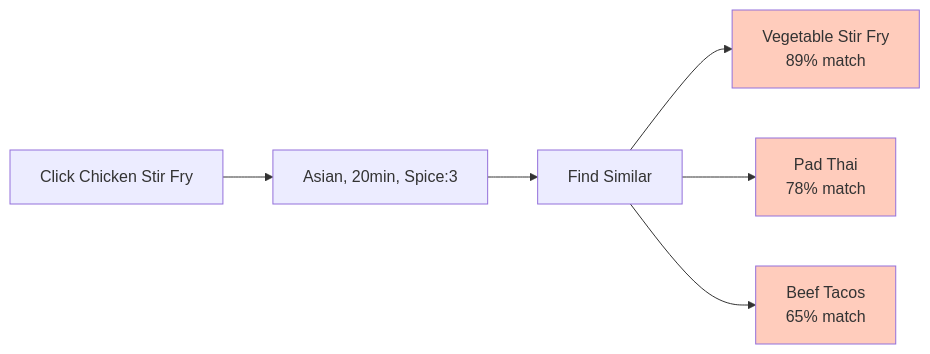
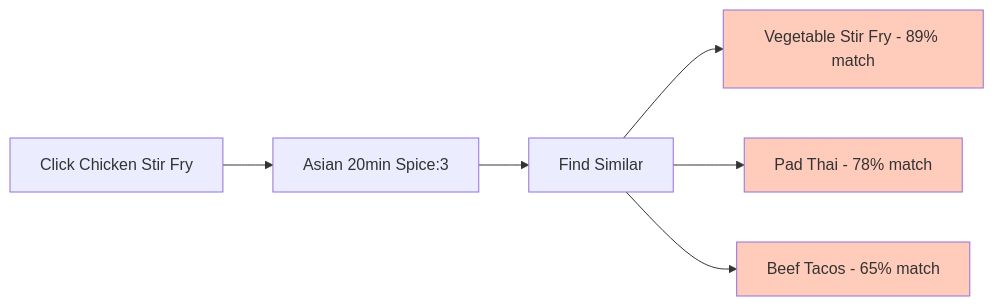
The eighth of 9 diagrams in docs/FEATURE2-VISUAL-FLOW.md (PritDudhia/RecipeRecommender), drawn with Mermaid before and after one commit. The commit also changed other lines of this file, not shown here.

Commit message:
fix: Remove HTML tags from Mermaid diagrams in Feature 2 documentation

````diff
--- a/docs/FEATURE2-VISUAL-FLOW.md
+++ b/docs/FEATURE2-VISUAL-FLOW.md
@@ -207,12 +207,12 @@
 ```mermaid
 graph LR
-    A[Click Chicken Stir Fry] --> B[Asian, 20min, Spice:3]
+    A[Click Chicken Stir Fry] --> B[Asian 20min Spice:3]
     B --> C[Find Similar]
-    C --> D[Vegetable Stir Fry<br/>89% match]
-    C --> E[Pad Thai<br/>78% match]
-    C --> F[Beef Tacos<br/>65% match]
+    C --> D[Vegetable Stir Fry - 89% match]
+    C --> E[Pad Thai - 78% match]
+    C --> F[Beef Tacos - 65% match]
     
     style D fill:#ffccbc
     style E fill:#ffccbc
     style F fill:#ffccbc
 ```
````
